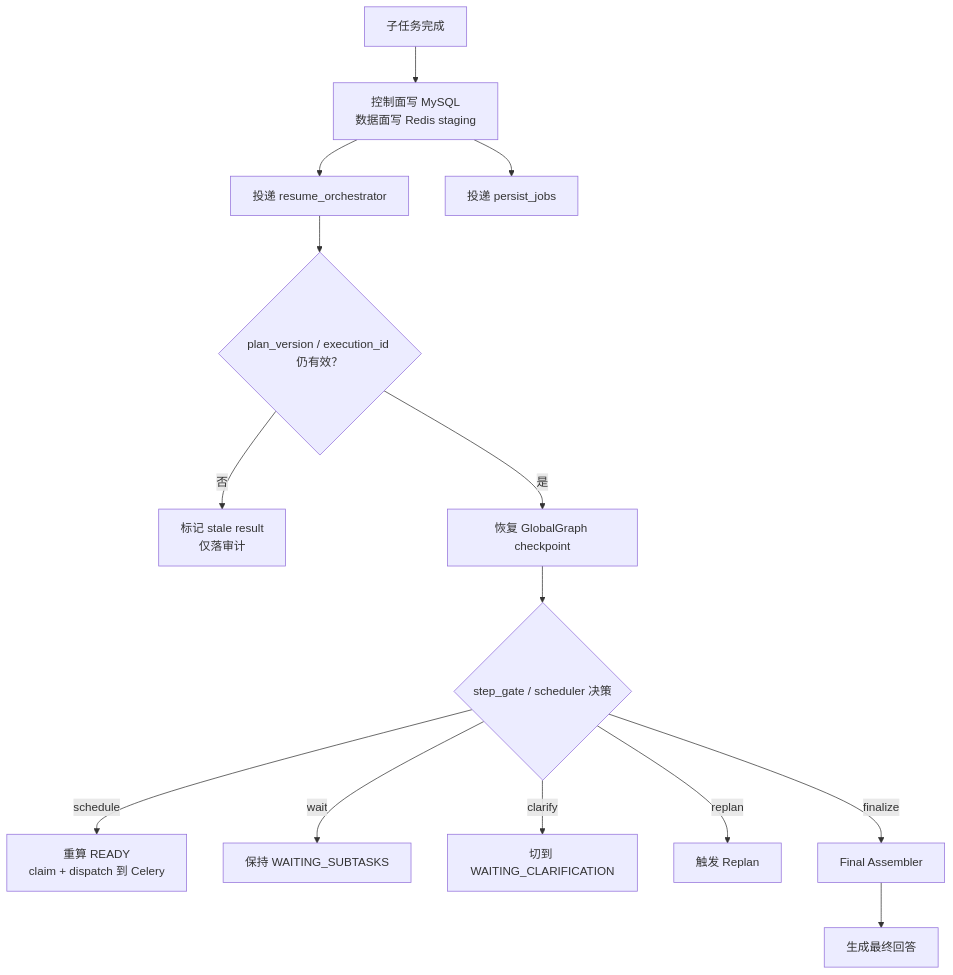
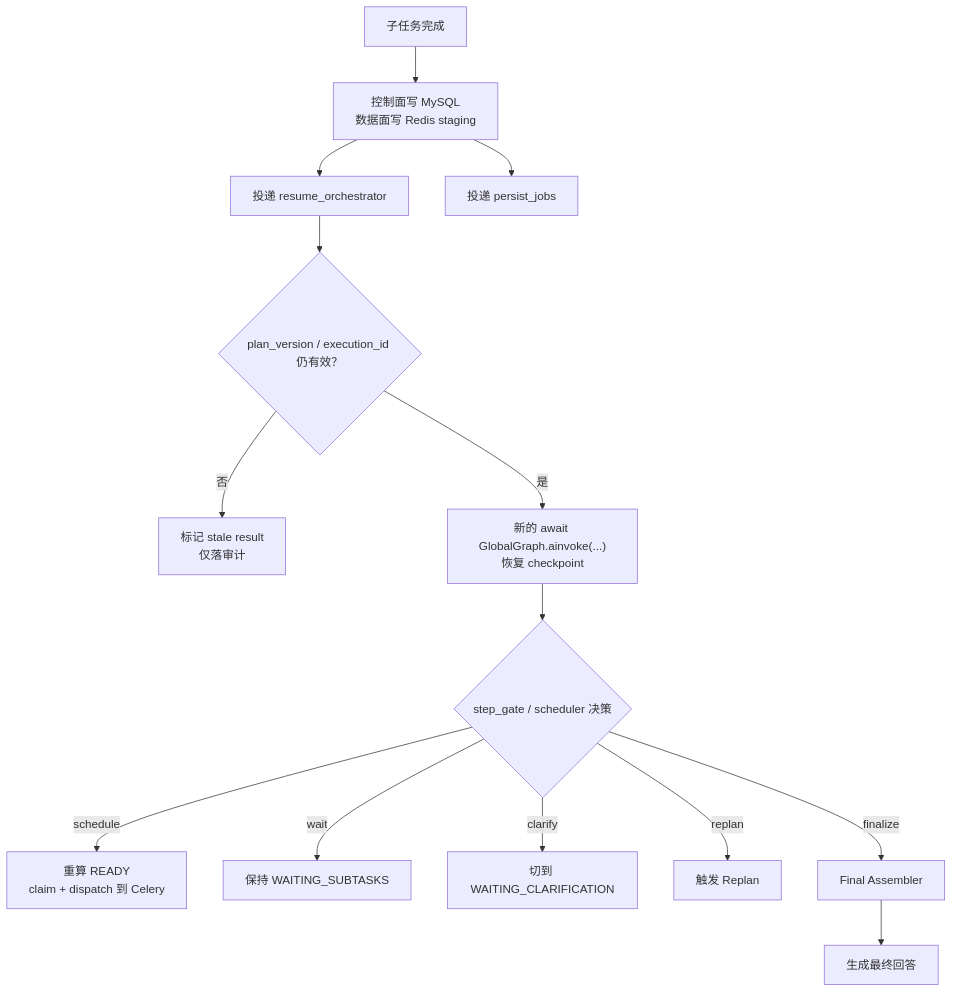
One commit to kkk935208447/learning_common_lib changed the fourth of 6 diagrams in src/learning_common_lib/案例/用户AgenticRAG检索/技术拆解.md. Above: the diagram before and after it, drawn with Mermaid. The commit also changed other lines of this file and 1 other file, not shown here.

Commit message:
更新AgenticRAG文档，详细说明`GlobalGraph`的状态管理与恢复机制，强调async编排的实现细节，调整`resume_orchestrator`的逻辑以支持异步恢复，优化子任务执行流程，确保状态一致性与性能提升。同时，更新了相关图示以反映新的架构设计。

````diff
--- a/src/learning_common_lib/案例/用户AgenticRAG检索/技术拆解.md
+++ b/src/learning_common_lib/案例/用户AgenticRAG检索/技术拆解.md
@@ -882,16 +968,16 @@
 ```mermaid
 flowchart TD
     A["子任务完成"] --> B["控制面写 MySQL<br/>数据面写 Redis staging"]
     B --> B2["投递 resume_orchestrator"]
     B --> B3["投递 persist_jobs"]
     B2 --> C{"plan_version / execution_id 仍有效？"}
     C -- "否" --> C2["标记 stale result<br/>仅落审计"]
-    C -- "是" --> D["恢复 GlobalGraph checkpoint"]
+    C -- "是" --> D["新的 await GlobalGraph.ainvoke(...)<br/>恢复 checkpoint"]
     D --> E{"step_gate / scheduler 决策"}
     E -- "schedule" --> F["重算 READY<br/>claim + dispatch 到 Celery"]
     E -- "wait" --> G["保持 WAITING_SUBTASKS"]
     E -- "clarify" --> H["切到 WAITING_CLARIFICATION"]
     E -- "replan" --> I["触发 Replan"]
     E -- "finalize" --> J["Final Assembler"]
     J --> K["生成最终回答"]
 ```
````
